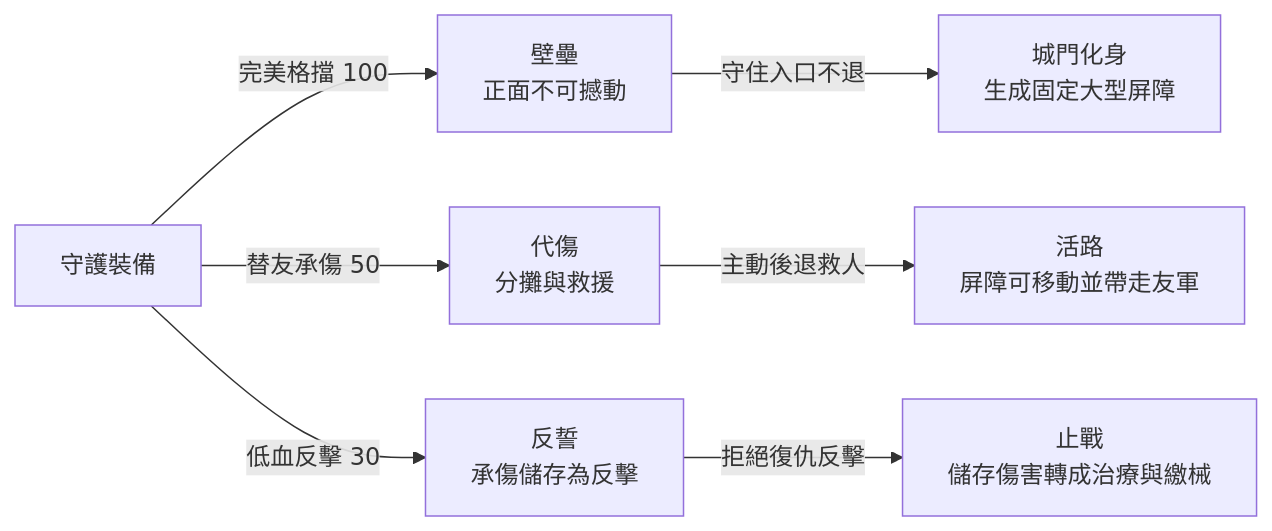
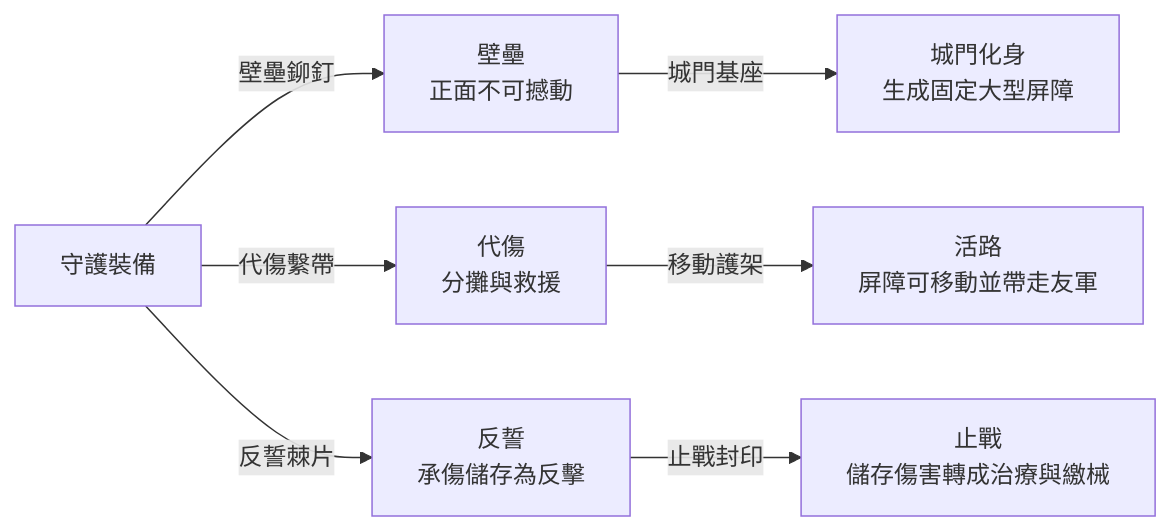
The fourth of 11 diagrams in concept/story/game_story/05_戰鬥設計/裝備詞條與進化路線.md (judadao/game_godot), drawn with Mermaid before and after one commit. The commit also changed other lines of this file and 72 other files, not shown here.

````diff
--- a/concept/story/game_story/05_戰鬥設計/裝備詞條與進化路線.md
+++ b/concept/story/game_story/05_戰鬥設計/裝備詞條與進化路線.md
@@ -184,9 +188,9 @@
 ```mermaid
 flowchart LR
-    A[守護裝備] -->|完美格擋 100| B[壁壘<br/>正面不可撼動]
-    A -->|替友承傷 50| C[代傷<br/>分攤與救援]
-    A -->|低血反擊 30| D[反誓<br/>承傷儲存為反擊]
-    B -->|守住入口不退| E[城門化身<br/>生成固定大型屏障]
-    C -->|主動後退救人| F[活路<br/>屏障可移動並帶走友軍]
-    D -->|拒絕復仇反擊| G[止戰<br/>儲存傷害轉成治療與繳械]
+    A[守護裝備] -->|壁壘鉚釘| B[壁壘<br/>正面不可撼動]
+    A -->|代傷繫帶| C[代傷<br/>分攤與救援]
+    A -->|反誓棘片| D[反誓<br/>承傷儲存為反擊]
+    B -->|城門基座| E[城門化身<br/>生成固定大型屏障]
+    C -->|移動護架| F[活路<br/>屏障可移動並帶走友軍]
+    D -->|止戰封印| G[止戰<br/>儲存傷害轉成治療與繳械]
 ```
````
